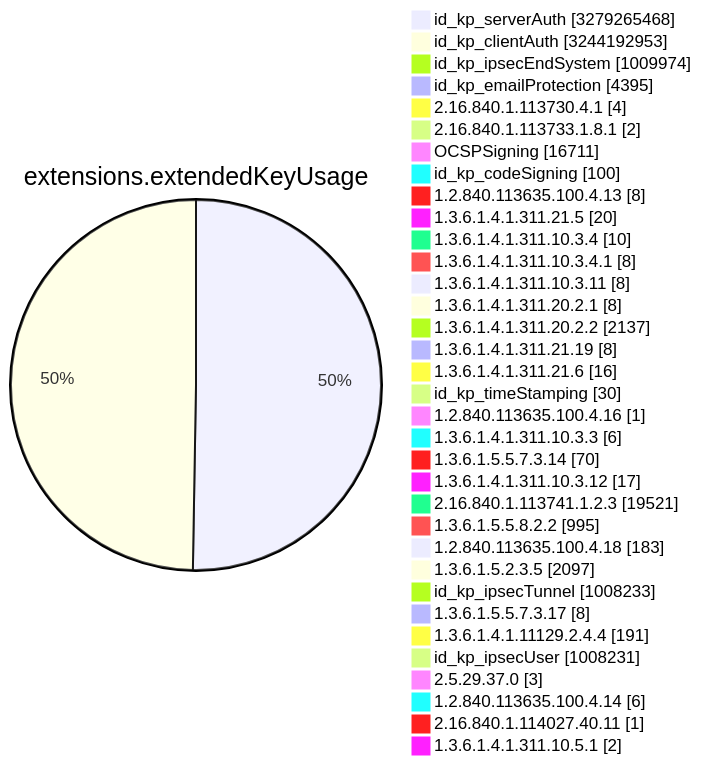
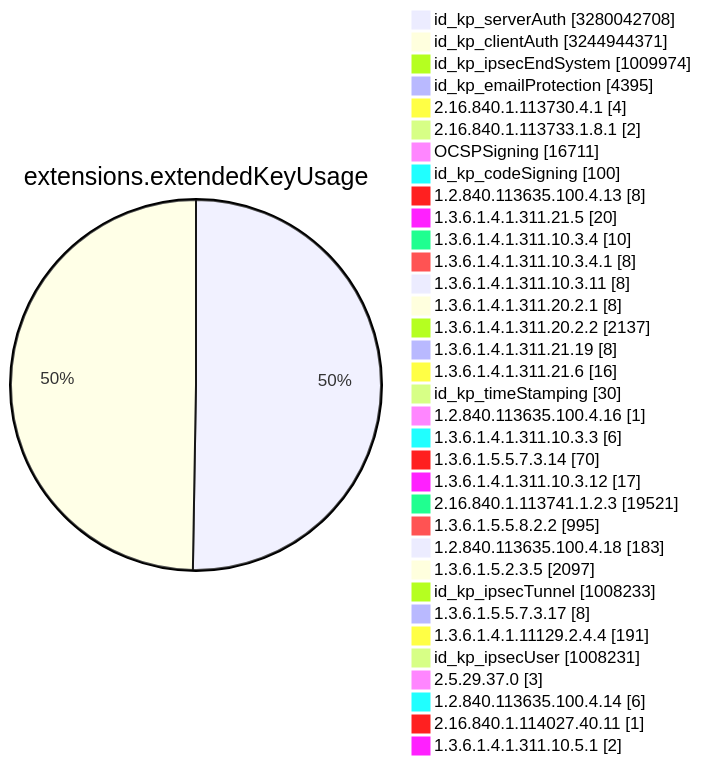
Diagram 11 of 15 in TOTAL/README.md (christiankrug/ctmonitor_visualization), drawn with Mermaid before and after one commit. The commit also changed other lines of this file, not shown here.

````diff
--- a/TOTAL/README.md
+++ b/TOTAL/README.md
@@ -4119,38 +4119,38 @@
 ```mermaid
 pie showData
 title extensions.extendedKeyUsage
-"id_kp_serverAuth" :3279265468
-"id_kp_clientAuth" :3244192953
+"id_kp_serverAuth" :3280042708
+"id_kp_clientAuth" :3244944371
 "id_kp_ipsecEndSystem" :1009974
 "id_kp_emailProtection" :4395
 "2.16.840.1.113730.4.1" :4
 "2.16.840.1.113733.1.8.1" :2
 "OCSPSigning" :16711
 "id_kp_codeSigning" :100
 "1.2.840.113635.100.4.13" :8
 "1.3.6.1.4.1.311.21.5" :20
 "1.3.6.1.4.1.311.10.3.4" :10
 "1.3.6.1.4.1.311.10.3.4.1" :8
 "1.3.6.1.4.1.311.10.3.11" :8
 "1.3.6.1.4.1.311.20.2.1" :8
 "1.3.6.1.4.1.311.20.2.2" :2137
 "1.3.6.1.4.1.311.21.19" :8
 "1.3.6.1.4.1.311.21.6" :16
 "id_kp_timeStamping" :30
 "1.2.840.113635.100.4.16" :1
 "1.3.6.1.4.1.311.10.3.3" :6
 "1.3.6.1.5.5.7.3.14" :70
 "1.3.6.1.4.1.311.10.3.12" :17
 "2.16.840.1.113741.1.2.3" :19521
 "1.3.6.1.5.5.8.2.2" :995
 "1.2.840.113635.100.4.18" :183
 "1.3.6.1.5.2.3.5" :2097
 "id_kp_ipsecTunnel" :1008233
 "1.3.6.1.5.5.7.3.17" :8
 "1.3.6.1.4.1.11129.2.4.4" :191
 "id_kp_ipsecUser" :1008231
 "2.5.29.37.0" :3
 "1.2.840.113635.100.4.14" :6
 "2.16.840.1.114027.40.11" :1
 "1.3.6.1.4.1.311.10.5.1" :2
 ```
````
